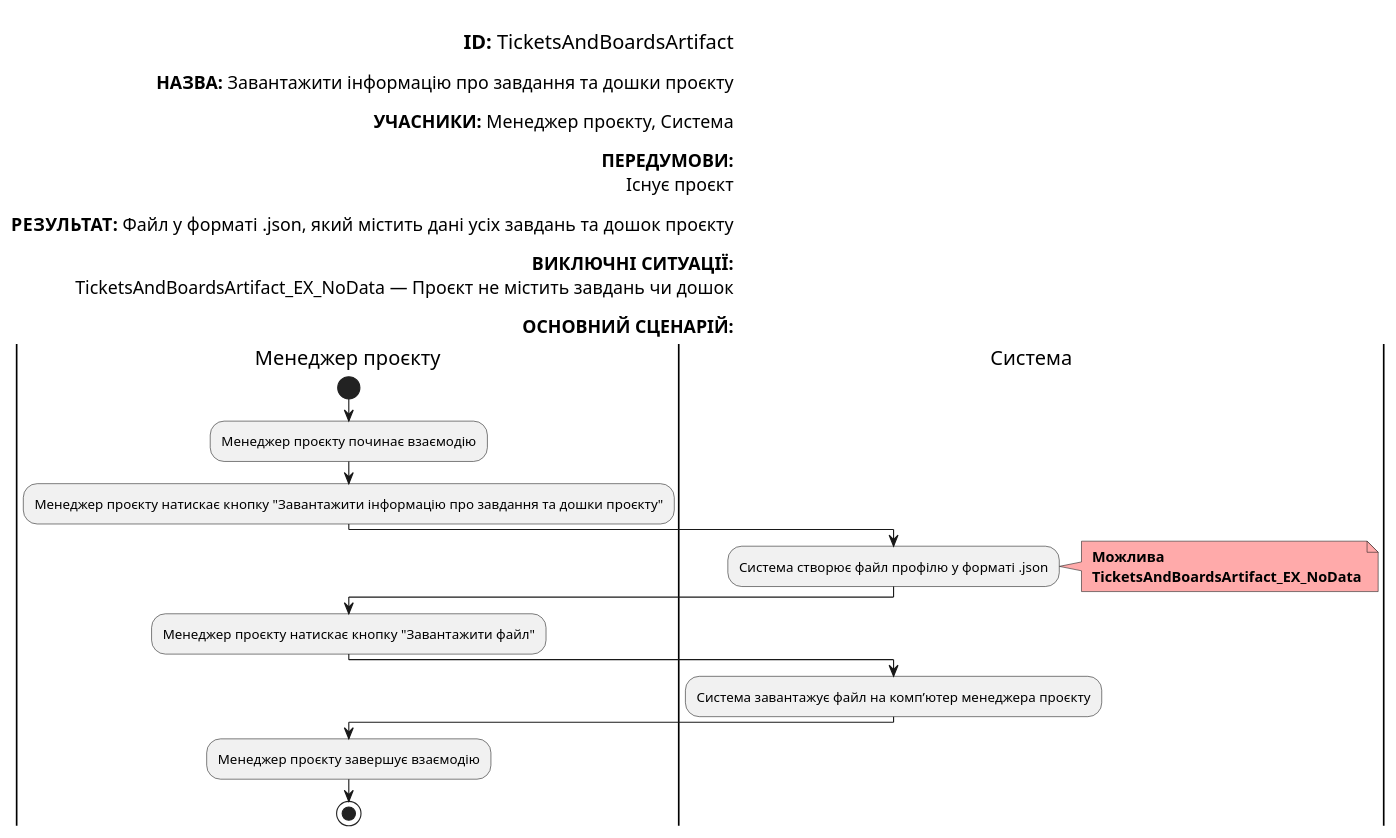
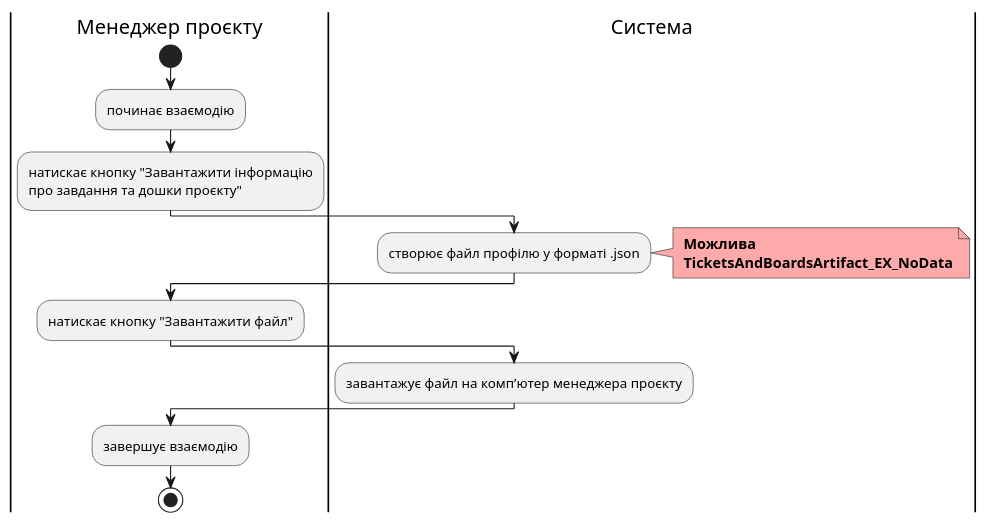
Before and after one commit to yaryna-bashchak/db_course_work: diagram 17 of 24 in docs/use cases/README.md, drawn with PlantUML. The commit also changed other lines of this file, not shown here.

Commit message:
updated diagrams for user cases

```diff
--- a/docs/use cases/README.md
+++ b/docs/use cases/README.md
@@ -873,44 +856,26 @@
 @startuml
-
-    left header
-
-        <font color=000 size=18><b>ID:</b> TicketsAndBoardsArtifact
-
-        <font color=000 size=16><b>НАЗВА:</b> Завантажити інформацію про завдання та дошки проєкту
-
-        <font color=000 size=16><b>УЧАСНИКИ:</b> Менеджер проєкту, Система
-
-        <font color=000 size=16><b>ПЕРЕДУМОВИ:</b> 
-        <font color=000 size=16> Існує проєкт
-
-        <font color=000 size=16><b>РЕЗУЛЬТАТ:</b> Файл у форматі .json, який містить дані усіх завдань та дошок проєкту
-        
-        <font color=000 size=16><b>ВИКЛЮЧНІ СИТУАЦІЇ:</b>
-        <font color=000 size=16> TicketsAndBoardsArtifact_EX_NoData — Проєкт не містить завдань чи дошок
-
-        <font color=000 size=16><b>ОСНОВНИЙ СЦЕНАРІЙ:</b>
-    end header
 
     |Менеджер проєкту|
         start
-        :Менеджер проєкту починає взаємодію;
+        :починає взаємодію;
         
-        :Менеджер проєкту натискає кнопку "Завантажити інформацію про завдання та дошки проєкту";
+        :натискає кнопку "Завантажити інформацію 
+        про завдання та дошки проєкту";
     |Система|
-        :Система створює файл профілю у форматі .json;
+        :створює файл профілю у форматі .json;
         note right #ffaaaa
         <b> Можлива
         <b> TicketsAndBoardsArtifact_EX_NoData
         end note
 
     |Менеджер проєкту|
-        :Менеджер проєкту натискає кнопку "Завантажити файл";
+        :натискає кнопку "Завантажити файл";
 
     |Система|
-        :Система завантажує файл на комп’ютер менеджера проєкту;
+        :завантажує файл на комп’ютер менеджера проєкту;
     |Менеджер проєкту|
-        :Менеджер проєкту завершує взаємодію;
+        :завершує взаємодію;
 
         stop;
 
 @enduml
```
